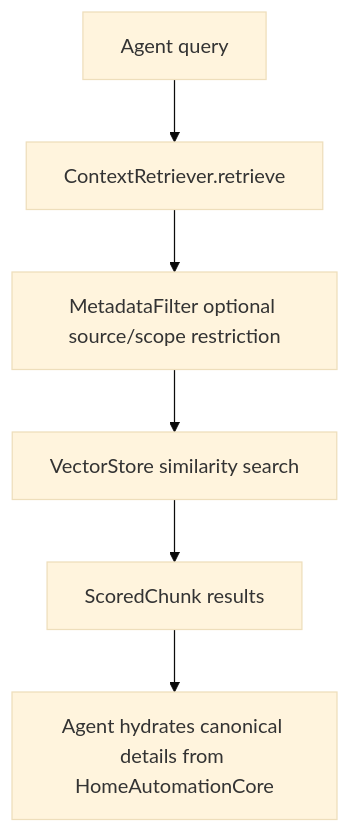
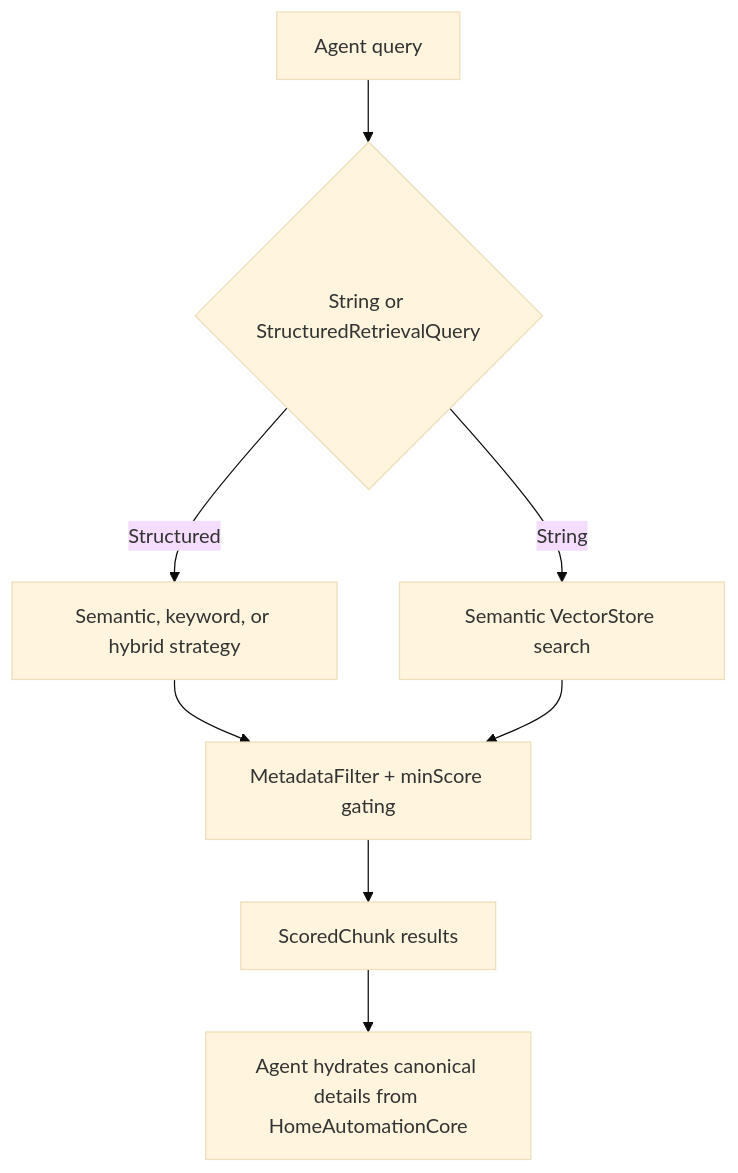
One commit to ksypinro/HomeAutomation changed the third of 3 diagrams in HomeAutomationCore/Sources/HomeAutomationRAG/README.md. Above: the diagram before and after it, drawn with Mermaid (base theme). The commit also changed other lines of this file and 40 other files, not shown here.

````diff
--- a/HomeAutomationCore/Sources/HomeAutomationRAG/README.md
+++ b/HomeAutomationCore/Sources/HomeAutomationRAG/README.md
@@ -53,8 +64,10 @@
 ```mermaid
 flowchart TD
-    A["Agent query"] --> B["ContextRetriever.retrieve"]
-    B --> C["MetadataFilter optional source/scope restriction"]
-    C --> D["VectorStore similarity search"]
-    D --> E["ScoredChunk results"]
-    E --> F["Agent hydrates canonical details from HomeAutomationCore"]
+    A["Agent query"] --> B{"String or StructuredRetrievalQuery"}
+    B -->|String| C["Semantic VectorStore search"]
+    B -->|Structured| D["Semantic, keyword, or hybrid strategy"]
+    D --> E["MetadataFilter + minScore gating"]
+    C --> E
+    E --> F["ScoredChunk results"]
+    F --> G["Agent hydrates canonical details from HomeAutomationCore"]
 ```
````
